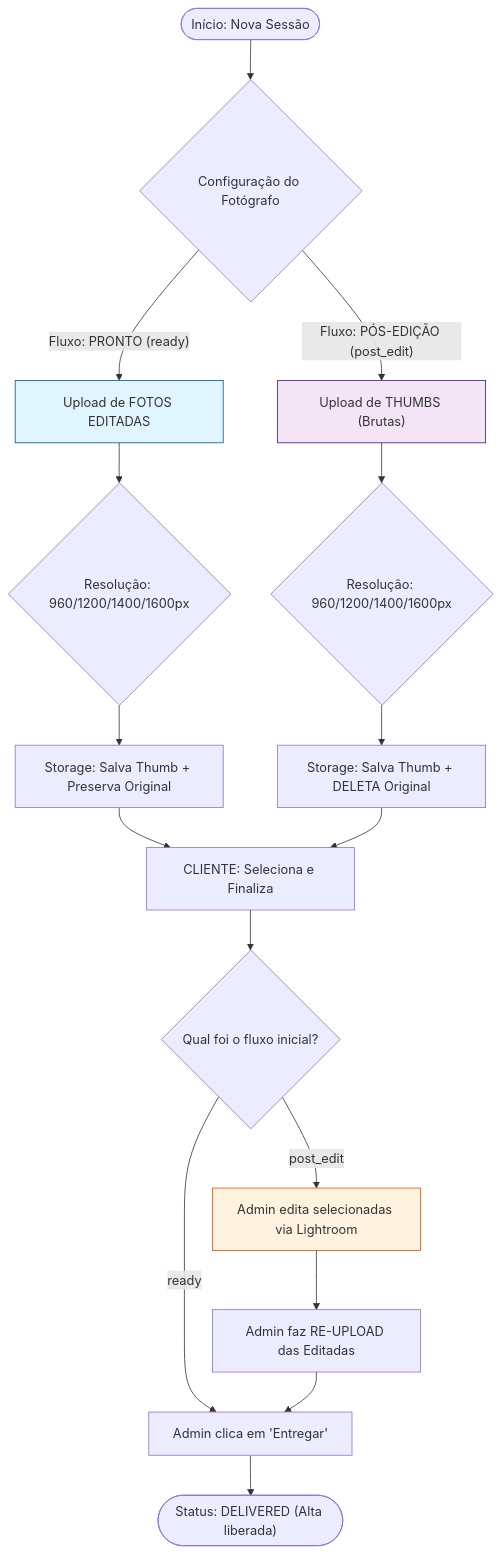
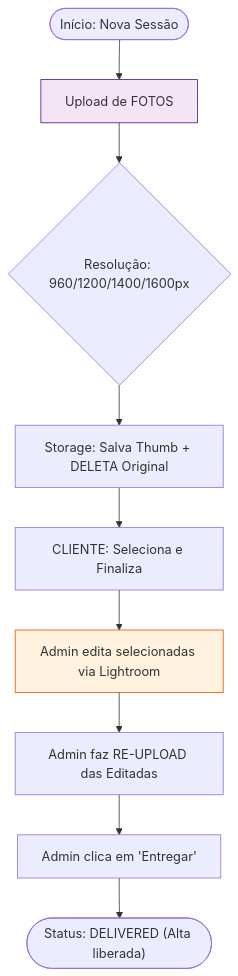
One commit to pach3c0/fs-saas changed the first of 5 diagrams in skills/2_0_sessoes-clientes.md. Above: the diagram before and after it, drawn with Mermaid. The commit also changed other lines of this file and 4 other files, not shown here.

Commit message:
refactor: unify session workflow — remove ready/highResDelivery, keep only post_edit

````diff
--- a/skills/2_0_sessoes-clientes.md
+++ b/skills/2_0_sessoes-clientes.md
@@ -23,31 +23,14 @@
 ```mermaid
 flowchart TD
-    Start(["Início: Nova Sessão"]) --> Config{"Configuração do Fotógrafo"}
-    
-    %% Linha 1: Pronto para Entregar
-    Config -- "Fluxo: PRONTO (ready)" --> R_Upload["Upload de FOTOS EDITADAS"]
-    R_Upload --> R_Res{"Resolução: 960/1200/1400/1600px"}
-    R_Res --> R_Storage["Storage: Salva Thumb + Preserva Original"]
-    R_Storage --> Client_Sel["CLIENTE: Seleciona e Finaliza"]
-    
-    %% Linha 2: Edição Pós-Seleção
-    Config -- "Fluxo: PÓS-EDIÇÃO (post_edit)" --> P_Upload["Upload de THUMBS (Brutas)"]
-    P_Upload --> P_Res{"Resolução: 960/1200/1400/1600px"}
-    P_Res --> P_Storage["Storage: Salva Thumb + DELETA Original"]
-    P_Storage --> Client_Sel
-    
-    %% Finalização comum com ramificação de entrega
-    Client_Sel --> Decision_Flow{"Qual foi o fluxo inicial?"}
-    
-    Decision_Flow -- "ready" --> Deliver_Ready["Admin clica em 'Entregar'"]
-    
-    Decision_Flow -- "post_edit" --> Edit_Cycle["Admin edita selecionadas via Lightroom"]
+    Start(["Início: Nova Sessão"]) --> Upload["Upload de FOTOS"]
+    Upload --> Res{"Resolução: 960/1200/1400/1600px"}
+    Res --> Storage["Storage: Salva Thumb + DELETA Original"]
+    Storage --> Client_Sel["CLIENTE: Seleciona e Finaliza"]
+    Client_Sel --> Edit_Cycle["Admin edita selecionadas via Lightroom"]
     Edit_Cycle --> Re_Upload["Admin faz RE-UPLOAD das Editadas"]
-    Re_Upload --> Deliver_Ready
-    
-    Deliver_Ready --> End(["Status: DELIVERED (Alta liberada)"])
+    Re_Upload --> Deliver["Admin clica em 'Entregar'"]
+    Deliver --> End(["Status: DELIVERED (Alta liberada)"])
 
-    style R_Upload fill:#e1f5fe,stroke:#01579b
-    style P_Upload fill:#f3e5f5,stroke:#4a148c
+    style Upload fill:#f3e5f5,stroke:#4a148c
     style Edit_Cycle fill:#fff3e0,stroke:#e65100
 ```
````
